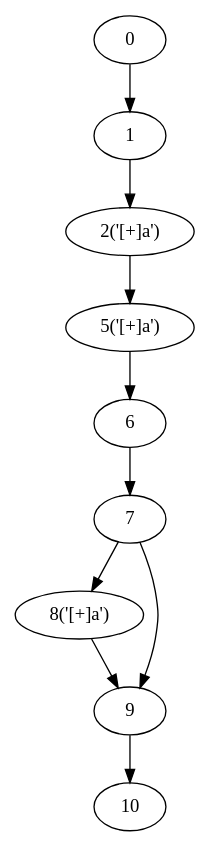
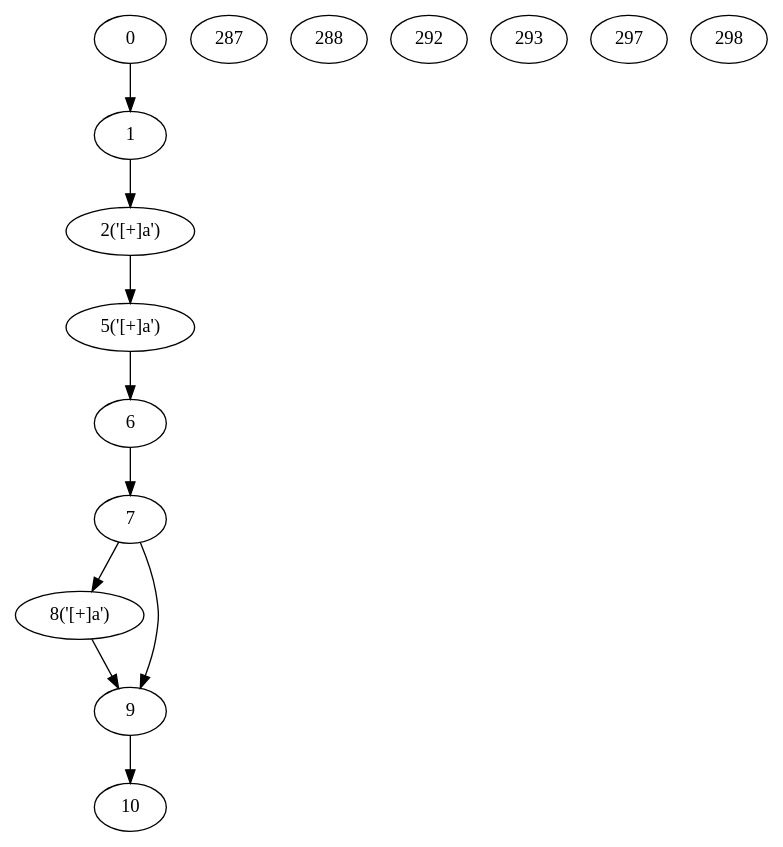
One commit to yyl-20020115/NRegEx changed the diagram in NRegex.Test/Graphs/TestMethod15.dot. Above: the diagram before and after it, drawn with Graphviz. The commit also changed 10 other files, not shown here.

Commit message:
graph fixed

```diff
--- a/NRegex.Test/Graphs/TestMethod15.dot
+++ b/NRegex.Test/Graphs/TestMethod15.dot
@@ -1,20 +1,26 @@
 digraph g {
 	0 ;
 	1 ;
 	2 [label="2('[+]a')"];
 	5 [label="5('[+]a')"];
 	6 ;
 	7 ;
 	8 [label="8('[+]a')"];
 	9 ;
 	10 ;
+	287 ;
+	288 ;
+	292 ;
+	293 ;
+	297 ;
+	298 ;
 	0->1;
 	1->2;
 	2->5;
 	5->6;
 	6->7;
 	7->8;
 	7->9;
 	8->9;
 	9->10;
 }
```
